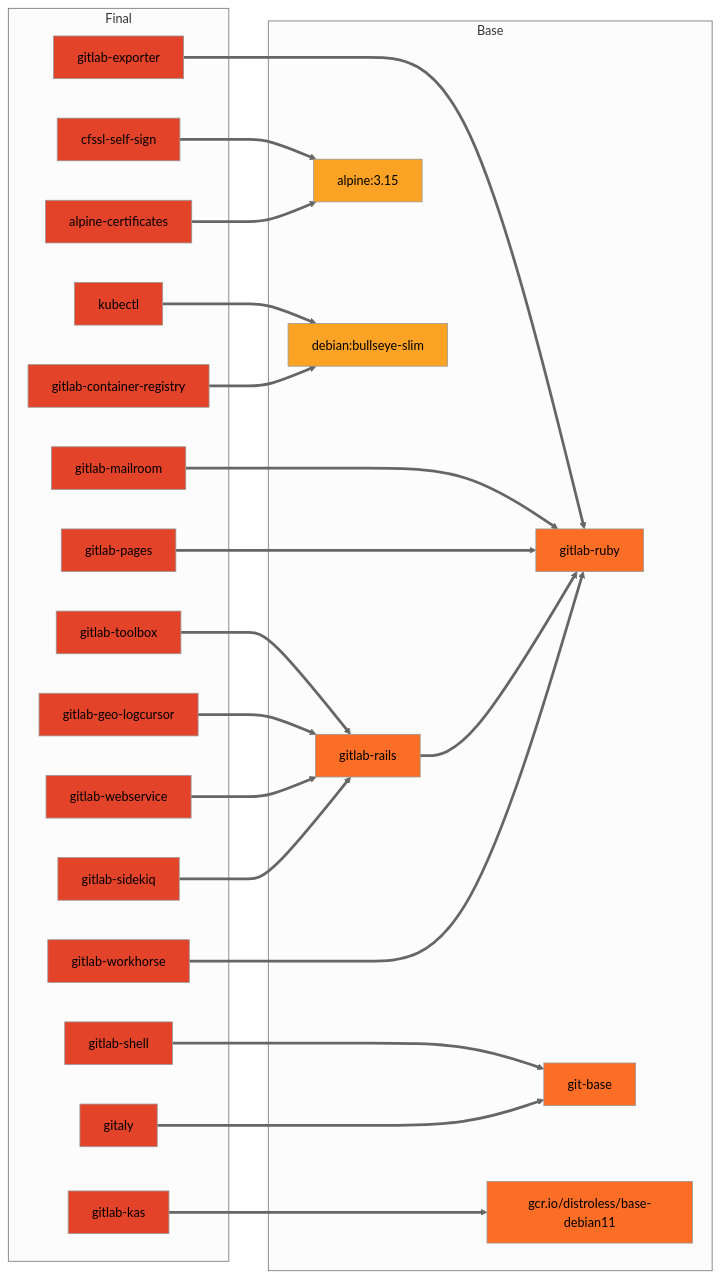
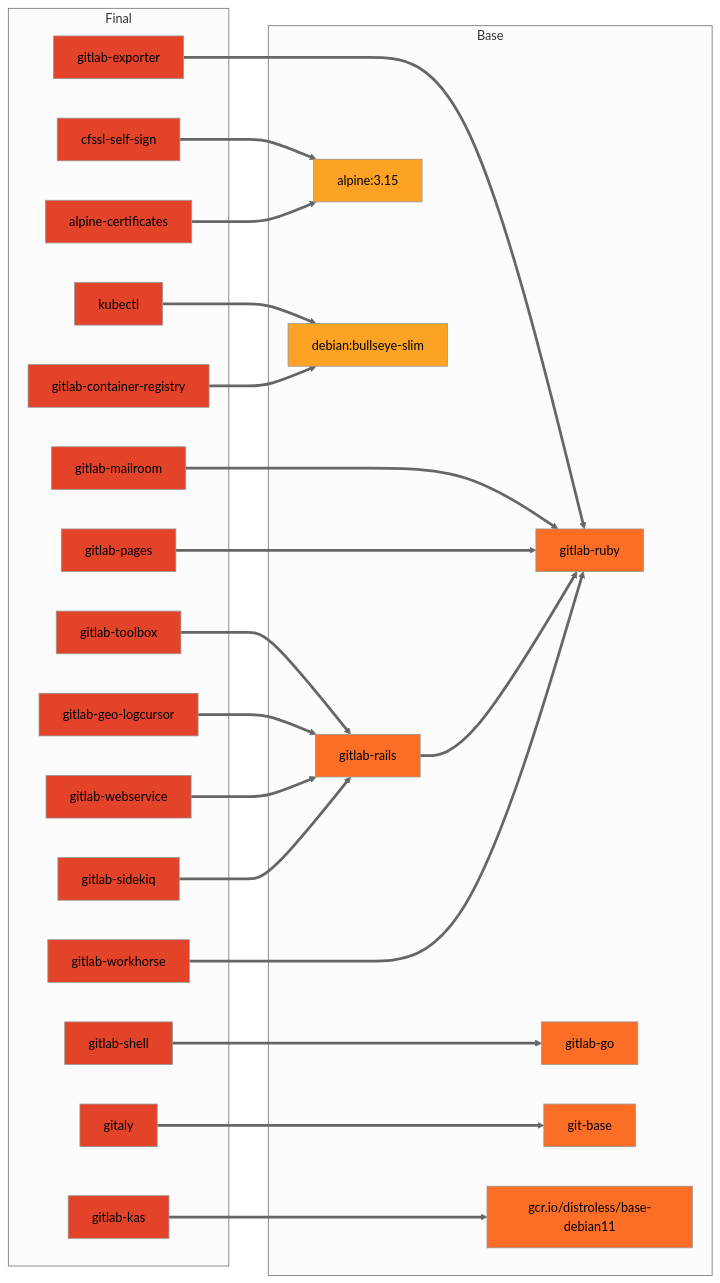
One commit to tachyons/gitlab-pages changed the first of 2 diagrams in docs/build.md. Above: the diagram before and after it, drawn with Mermaid (neutral theme). The commit also changed other lines of this file and 9 other files, not shown here.

Commit message:
Drop dependencies on the "git-base" image

````diff
--- a/docs/build.md
+++ b/docs/build.md
@@ -186,55 +186,56 @@
 ```mermaid
 graph LR;
   subgraph Final
     gitlab-toolbox:::final
     gitlab-webservice:::final
     gitlab-workhorse:::final
     gitlab-sidekiq:::final
     gitlab-geo-logcursor:::final
     gitlab-exporter:::final
     gitlab-mailroom:::final
     gitlab-shell:::final
     gitlab-pages:::final
     gitaly:::final
     gitlab-kas:::final
     kubectl:::final
     gitlab-container-registry:::final
     alpine-certificates:::final
     cfssl-self-sign:::final
   end
 
   subgraph Base
     gitlab-ruby
     gitlab-rails
+    gitlab-go
     git-base
     alpine[alpine:3.15]:::external;
     debian[debian:bullseye-slim]:::external;
     gcr.io/distroless/base-debian11
   end
 
   kubectl==>debian;
   cfssl-self-sign==>alpine;
   alpine-certificates==>alpine;
 
   gitlab-toolbox==>gitlab-rails;
   gitlab-geo-logcursor==>gitlab-rails;
   gitlab-webservice==>gitlab-rails;
   gitlab-sidekiq==>gitlab-rails;
 
   gitlab-exporter==>gitlab-ruby;
   gitlab-mailroom===>gitlab-ruby;
   gitlab-pages===>gitlab-ruby
   gitlab-rails==>gitlab-ruby;
   gitlab-workhorse===>gitlab-ruby
 
-  gitlab-shell===>git-base;
+  gitlab-shell===>gitlab-go;
 
   gitaly===>git-base;
   gitlab-container-registry==>debian
 
   gitlab-kas===>gcr.io/distroless/base-debian11;
 
   classDef default fill:#fc6d26;
   classDef external fill:#fca326;
   classDef final fill:#e24329;
 ```
````
